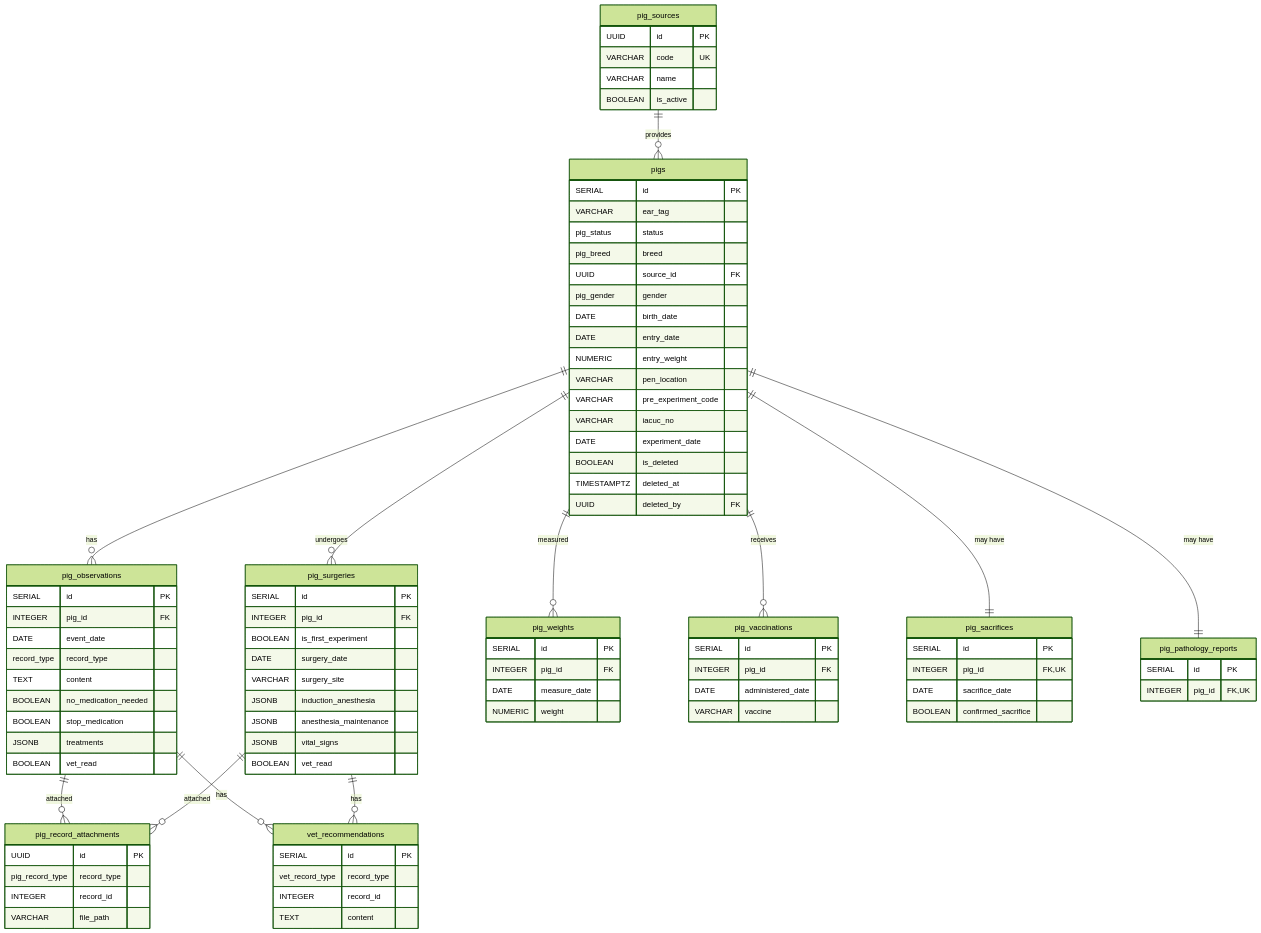
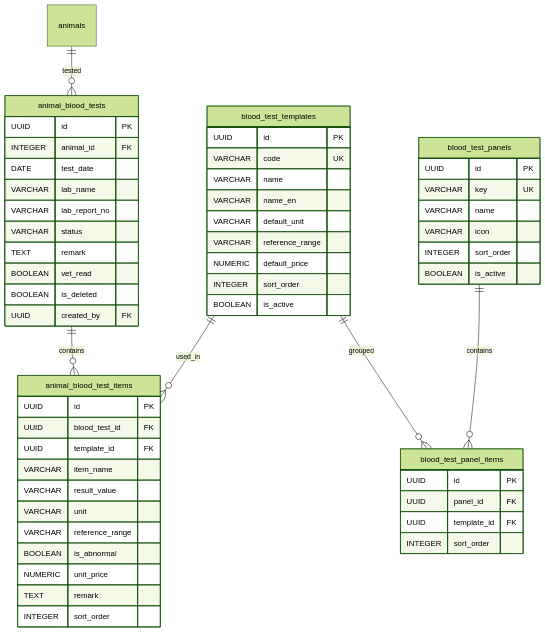
Before and after one commit to delightening/ipig_system: the fifth of 11 diagrams in Profiling_Spec/database_erd.md, drawn with Mermaid (forest theme). The commit also changed other lines of this file and 71 other files, not shown here.

````diff
--- a/Profiling_Spec/database_erd.md
+++ b/Profiling_Spec/database_erd.md
@@ -304,104 +402,63 @@
 ```mermaid
 erDiagram
-    pig_sources ||--o{ pigs : "provides"
-    pigs ||--o{ pig_observations : "has"
-    pigs ||--o{ pig_surgeries : "undergoes"
-    pigs ||--o{ pig_weights : "measured"
-    pigs ||--o{ pig_vaccinations : "receives"
-    pigs ||--|| pig_sacrifices : "may have"
-    pigs ||--|| pig_pathology_reports : "may have"
-    pig_observations ||--o{ pig_record_attachments : "attached"
-    pig_surgeries ||--o{ pig_record_attachments : "attached"
-    pig_observations ||--o{ vet_recommendations : "has"
-    pig_surgeries ||--o{ vet_recommendations : "has"
-    
-    pig_sources {
+    animals ||--o{ animal_blood_tests : tested
+    animal_blood_tests ||--o{ animal_blood_test_items : contains
+    blood_test_templates ||--o{ animal_blood_test_items : used_in
+    blood_test_panels ||--o{ blood_test_panel_items : contains
+    blood_test_templates ||--o{ blood_test_panel_items : grouped
+
+    animal_blood_tests {
+        UUID id PK
+        INTEGER animal_id FK
+        DATE test_date
+        VARCHAR lab_name
+        VARCHAR lab_report_no
+        VARCHAR status
+        TEXT remark
+        BOOLEAN vet_read
+        BOOLEAN is_deleted
+        UUID created_by FK
+    }
+
+    animal_blood_test_items {
+        UUID id PK
+        UUID blood_test_id FK
+        UUID template_id FK
+        VARCHAR item_name
+        VARCHAR result_value
+        VARCHAR unit
+        VARCHAR reference_range
+        BOOLEAN is_abnormal
+        NUMERIC unit_price
+        TEXT remark
+        INTEGER sort_order
+    }
+
+    blood_test_templates {
         UUID id PK
         VARCHAR code UK
         VARCHAR name
+        VARCHAR name_en
+        VARCHAR default_unit
+        VARCHAR reference_range
+        NUMERIC default_price
+        INTEGER sort_order
         BOOLEAN is_active
     }
-    
-    pigs {
-        SERIAL id PK
-        VARCHAR ear_tag
-        pig_status status
-        pig_breed breed
-        UUID source_id FK
-        pig_gender gender
-        DATE birth_date
-        DATE entry_date
-        NUMERIC entry_weight
-        VARCHAR pen_location
-        VARCHAR pre_experiment_code
-        VARCHAR iacuc_no
-        DATE experiment_date
-        BOOLEAN is_deleted
-        TIMESTAMPTZ deleted_at
-        UUID deleted_by FK
+
+    blood_test_panels {
+        UUID id PK
+        VARCHAR key UK
+        VARCHAR name
+        VARCHAR icon
+        INTEGER sort_order
+        BOOLEAN is_active
     }
-    
-    pig_observations {
-        SERIAL id PK
-        INTEGER pig_id FK
-        DATE event_date
-        record_type record_type
-        TEXT content
-        BOOLEAN no_medication_needed
-        BOOLEAN stop_medication
-        JSONB treatments
-        BOOLEAN vet_read
-    }
-    
-    pig_surgeries {
-        SERIAL id PK
-        INTEGER pig_id FK
-        BOOLEAN is_first_experiment
-        DATE surgery_date
-        VARCHAR surgery_site
-        JSONB induction_anesthesia
-        JSONB anesthesia_maintenance
-        JSONB vital_signs
-        BOOLEAN vet_read
-    }
-    
-    pig_weights {
-        SERIAL id PK
-        INTEGER pig_id FK
-        DATE measure_date
-        NUMERIC weight
-    }
-    
-    pig_vaccinations {
-        SERIAL id PK
-        INTEGER pig_id FK
-        DATE administered_date
-        VARCHAR vaccine
-    }
-    
-    pig_sacrifices {
-        SERIAL id PK
-        INTEGER pig_id FK,UK
-        DATE sacrifice_date
-        BOOLEAN confirmed_sacrifice
-    }
-    
-    pig_pathology_reports {
-        SERIAL id PK
-        INTEGER pig_id FK,UK
-    }
-    
-    pig_record_attachments {
+
+    blood_test_panel_items {
         UUID id PK
-        pig_record_type record_type
-        INTEGER record_id
-        VARCHAR file_path
-    }
-    
-    vet_recommendations {
-        SERIAL id PK
-        vet_record_type record_type
-        INTEGER record_id
-        TEXT content
+        UUID panel_id FK
+        UUID template_id FK
+        INTEGER sort_order
     }
 ```
````
